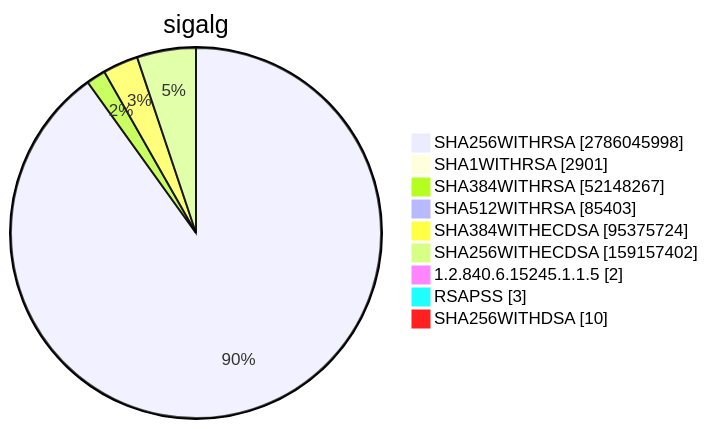
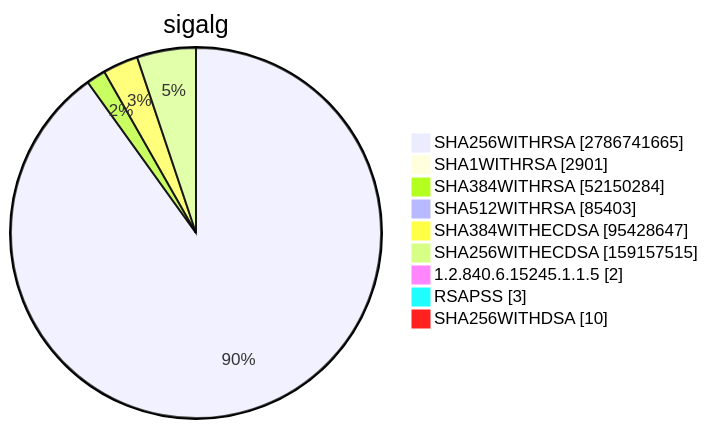
One commit to christiankrug/ctmonitor_visualization changed diagram 15 of 15 in TOTAL/README.md. Above: the diagram before and after it, drawn with Mermaid. The commit also changed other lines of this file, not shown here.

````diff
--- a/TOTAL/README.md
+++ b/TOTAL/README.md
@@ -6205,13 +6205,13 @@
 ```mermaid
 pie showData
 title sigalg
-"SHA256WITHRSA" :2786045998
+"SHA256WITHRSA" :2786741665
 "SHA1WITHRSA" :2901
-"SHA384WITHRSA" :52148267
+"SHA384WITHRSA" :52150284
 "SHA512WITHRSA" :85403
-"SHA384WITHECDSA" :95375724
-"SHA256WITHECDSA" :159157402
+"SHA384WITHECDSA" :95428647
+"SHA256WITHECDSA" :159157515
 "1.2.840.6.15245.1.1.5" :2
 "RSAPSS" :3
 "SHA256WITHDSA" :10
 ```
````
